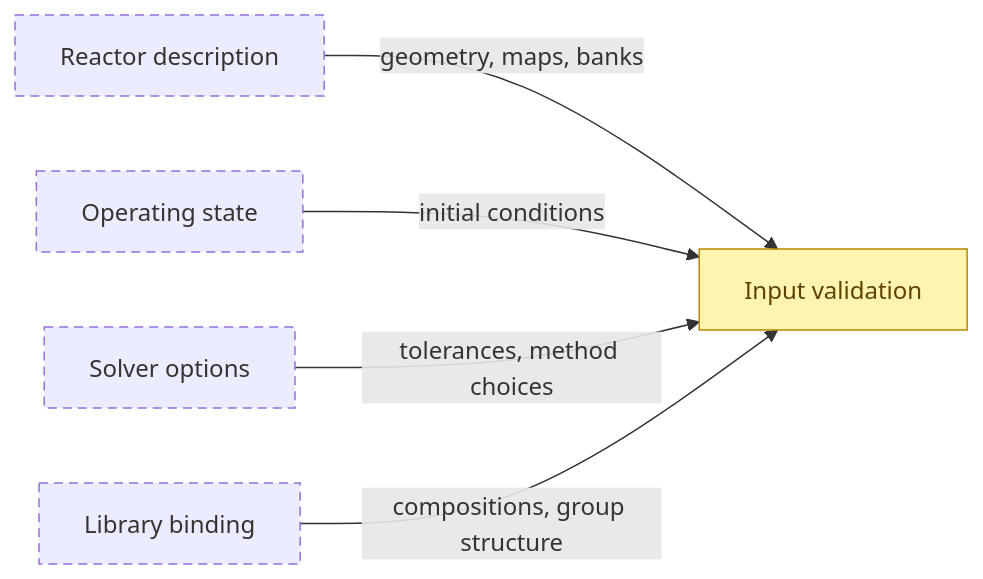
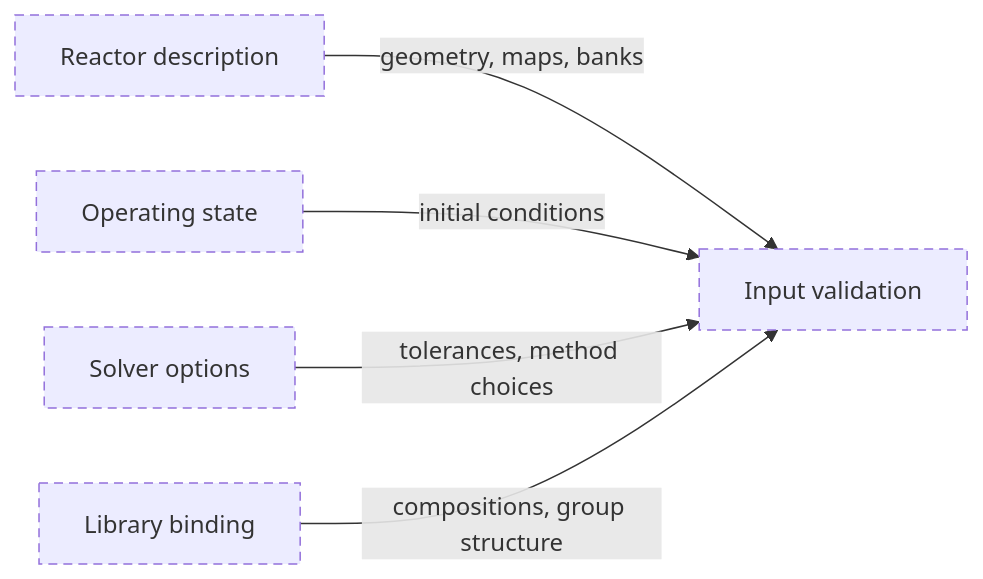
The second of 15 diagrams in Planning/DBC/CONCEPTS.md (aurja130/URUS), drawn with Mermaid before and after one commit. The commit also changed other lines of this file and 24 other files, not shown here.

````diff
--- a/Planning/DBC/CONCEPTS.md
+++ b/Planning/DBC/CONCEPTS.md
@@ -58,13 +58,12 @@
 ```mermaid
 flowchart LR
 classDef implemented fill:#c8e6c9,stroke:#2e7d32,color:#1b5e20
 classDef partial fill:#fff3b0,stroke:#b58900,color:#5c4400
 classDef planned stroke-dasharray:6 4
 classDef external fill:#eeeeee,stroke:#9e9e9e,stroke-dasharray:1 3,color:#616161
 ReactorDescription["Reactor description"] -->|geometry, maps, banks| InputValidation["Input validation"]
 OperatingState["Operating state"] -->|initial conditions| InputValidation
 SolverOptions["Solver options"] -->|tolerances, method choices| InputValidation
 LibraryBinding["Library binding"] -->|compositions, group structure| InputValidation
-class ReactorDescription,OperatingState,SolverOptions,LibraryBinding planned
-class InputValidation partial
+class ReactorDescription,OperatingState,SolverOptions,LibraryBinding,InputValidation planned
 ```
````
